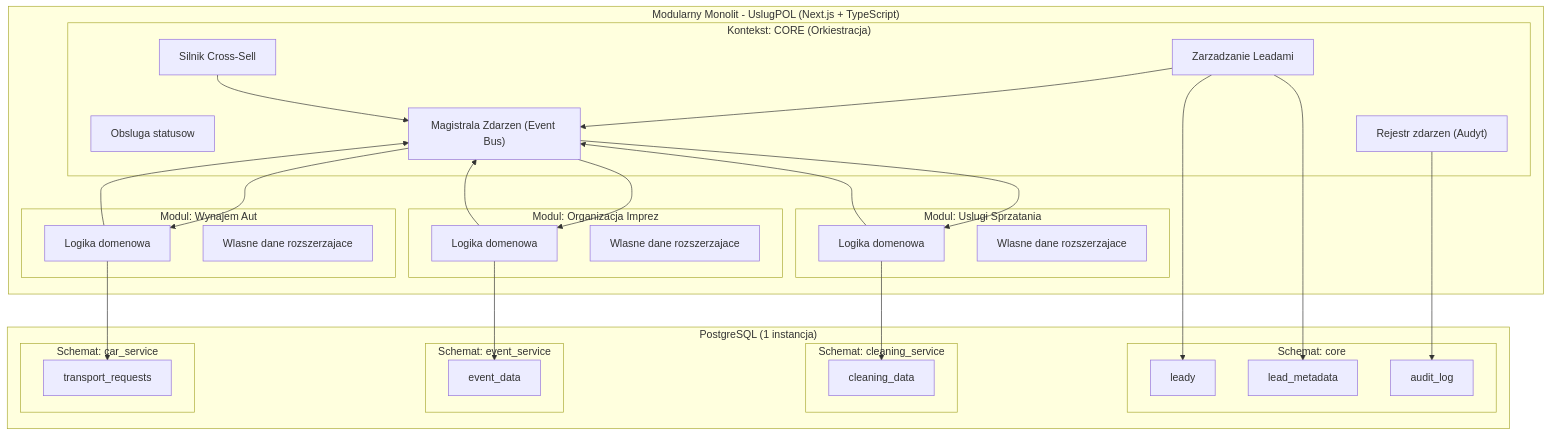
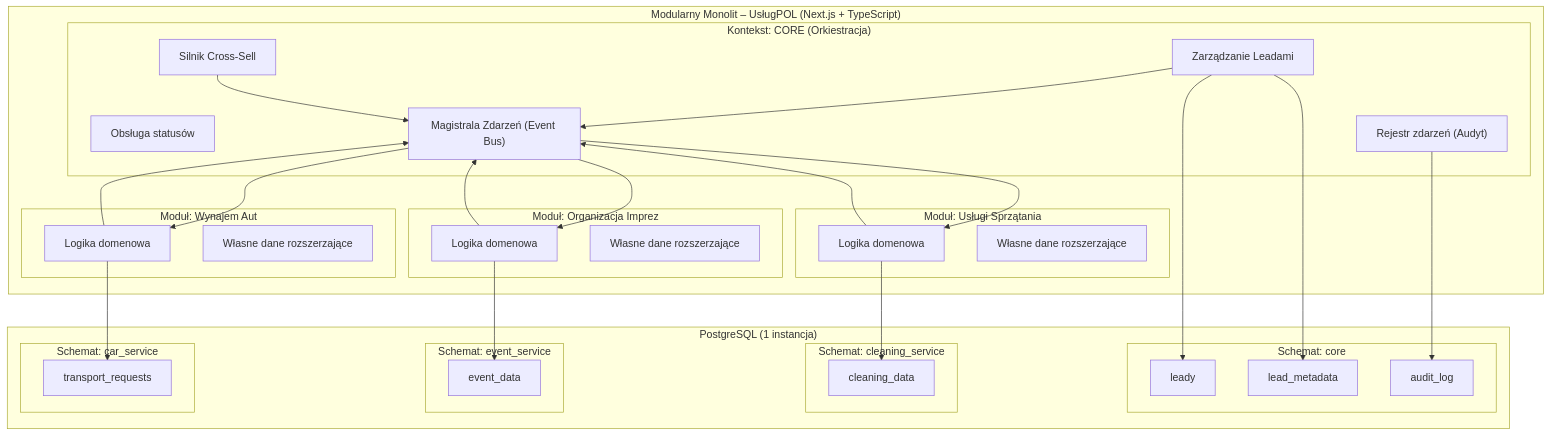
The diagram in README.md (kvbxss/uslugpol), drawn with Mermaid before and after one commit. The commit also changed other lines of this file, not shown here.

````diff
--- a/README.md
+++ b/README.md
@@ -69,41 +75,32 @@
 ```mermaid
 flowchart TB
 
-%% =========================
-%% MODULARNY MONOLIT
-%% =========================
-
-subgraph MONOLIT["Modularny Monolit - UslugPOL (Next.js + TypeScript)"]
+subgraph MONOLIT["Modularny Monolit – UsługPOL (Next.js + TypeScript)"]
 
     subgraph CORE["Kontekst: CORE (Orkiestracja)"]
-        LEAD_MGMT["Zarzadzanie Leadami"]
-        STATUS_FLOW["Obsluga statusow"]
+        LEAD_MGMT["Zarządzanie Leadami"]
+        STATUS_FLOW["Obsługa statusów"]
         CROSS_SELL["Silnik Cross-Sell"]
-        AUDYT["Rejestr zdarzen (Audyt)"]
-        EVENT_BUS["Magistrala Zdarzen (Event Bus)"]
+        AUDYT["Rejestr zdarzeń (Audyt)"]
+        EVENT_BUS["Magistrala Zdarzeń (Event Bus)"]
     end
 
-    subgraph CLEANING["Modul: Uslugi Sprzatania"]
+    subgraph CLEANING["Moduł: Usługi Sprzątania"]
         CLEANING_LOGIC["Logika domenowa"]
-        CLEANING_META["Wlasne dane rozszerzajace"]
+        CLEANING_META["Własne dane rozszerzające"]
     end
 
-    subgraph EVENT["Modul: Organizacja Imprez"]
+    subgraph EVENT["Moduł: Organizacja Imprez"]
         EVENT_LOGIC["Logika domenowa"]
-        EVENT_META["Wlasne dane rozszerzajace"]
+        EVENT_META["Własne dane rozszerzające"]
     end
 
-    subgraph CAR["Modul: Wynajem Aut"]
+    subgraph CAR["Moduł: Wynajem Aut"]
         CAR_LOGIC["Logika domenowa"]
-        CAR_META["Wlasne dane rozszerzajace"]
+        CAR_META["Własne dane rozszerzające"]
     end
 
 end
-
-
-%% =========================
-%% KOMUNIKACJA ZDARZENIOWA
-%% =========================
 
 LEAD_MGMT --> EVENT_BUS
 CROSS_SELL --> EVENT_BUS
@@ -115,11 +112,6 @@
 EVENT_LOGIC --> EVENT_BUS
 CLEANING_LOGIC --> EVENT_BUS
 CAR_LOGIC --> EVENT_BUS
-
-
-%% =========================
-%% BAZA DANYCH
-%% =========================
 
 subgraph DB["PostgreSQL (1 instancja)"]
 
````
